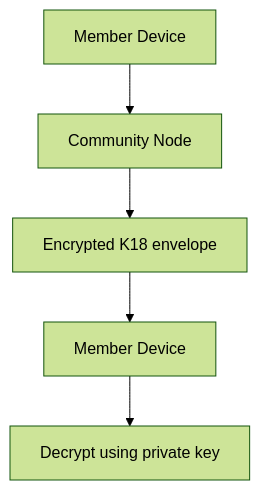
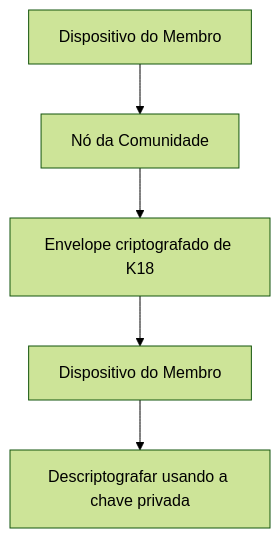
One commit to hugobessa/vamo-virar changed the tenth of 21 diagrams in docs/architecture.md. Above: the diagram before and after it, drawn with Mermaid (forest theme). The commit also changed other lines of this file and 30 other files, not shown here.

````diff
--- a/docs/architecture.md
+++ b/docs/architecture.md
@@ -327,7 +327,7 @@
 ```mermaid
 flowchart TD
-    D[Member Device] --> N[Community Node]
-    N --> E[Encrypted K18 envelope]
-    E --> D2[Member Device]
-    D2 --> P[Decrypt using private key]
+    D[Dispositivo do Membro] --> N[Nó da Comunidade]
+    N --> E[Envelope criptografado de K18]
+    E --> D2[Dispositivo do Membro]
+    D2 --> P[Descriptografar usando a chave privada]
 ```
````
